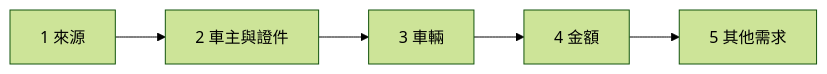
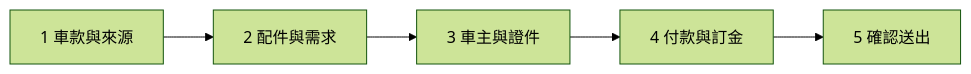
One commit to AudiChang-hub/DMIS changed the second of 3 diagrams in docs/USER_MANUAL.md. Above: the diagram before and after it, drawn with Mermaid (forest theme). The commit also changed other lines of this file and 17 other files, not shown here.

````diff
--- a/docs/USER_MANUAL.md
+++ b/docs/USER_MANUAL.md
@@ -294,7 +294,7 @@
 ```mermaid
 flowchart LR
-    A[1 來源] --> B[2 車主與證件]
-    B --> C[3 車輛]
-    C --> D[4 金額]
-    D --> E[5 其他需求]
+    A[1 車款與來源] --> B[2 配件與需求]
+    B --> C[3 車主與證件]
+    C --> D[4 付款與訂金]
+    D --> E[5 確認送出]
 ```
````
